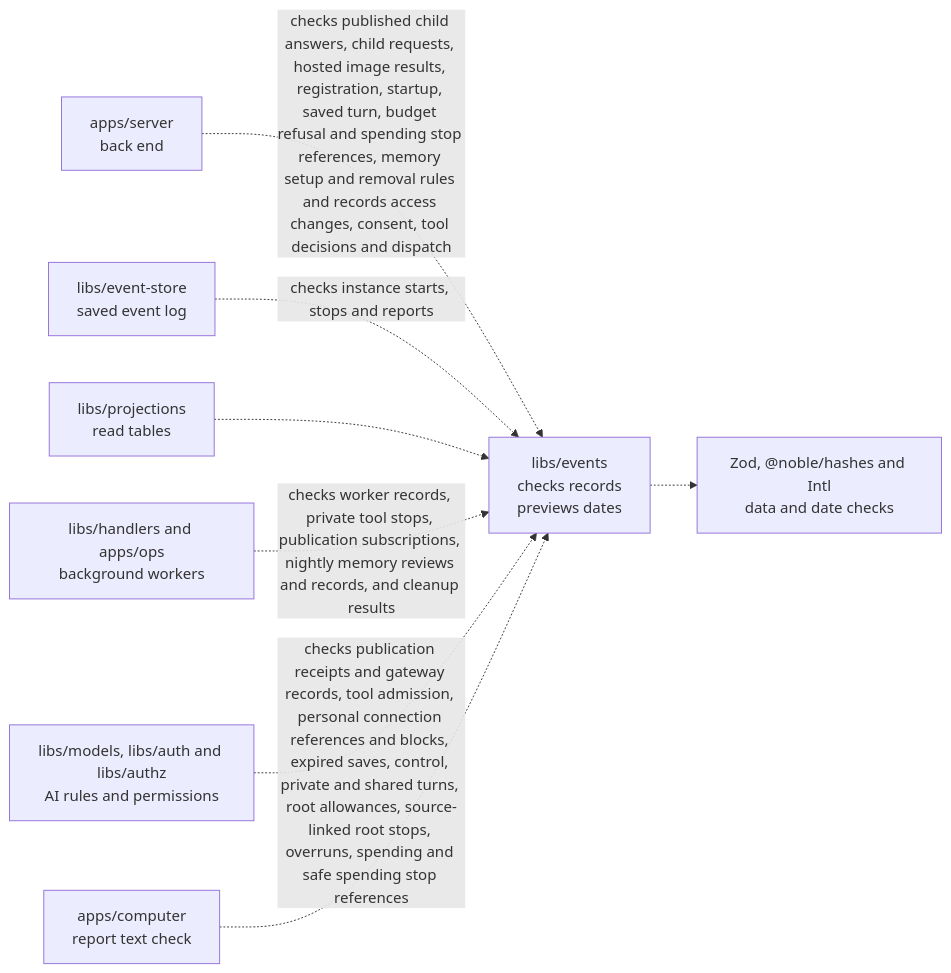
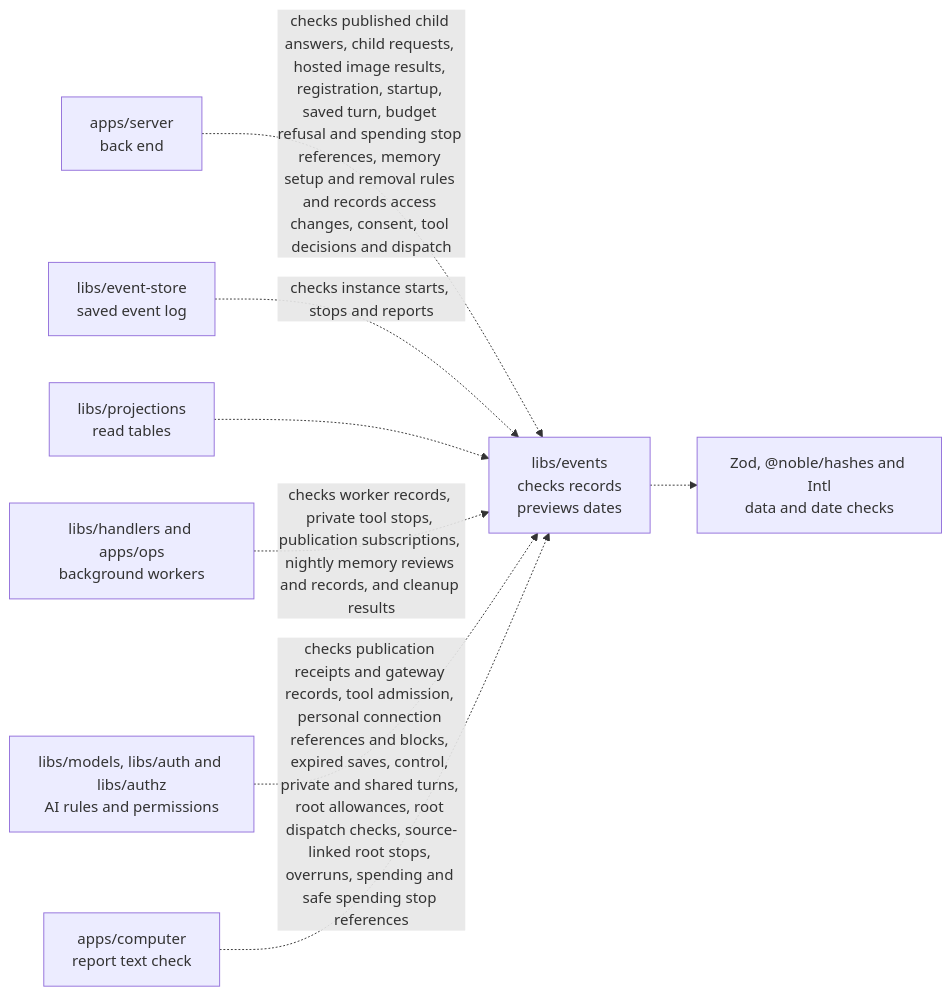
One commit to elewa-git/opencrane-new changed the diagram in libs/events/README.md. Above: the diagram before and after it, drawn with Mermaid. The commit also changed other lines of this file and 17 other files, not shown here.

````diff
--- a/libs/events/README.md
+++ b/libs/events/README.md
@@ -27,10 +27,10 @@
 ```mermaid
 flowchart LR
   server["apps/server<br/>back end"] -.->|checks published child answers, child requests, hosted image results, registration, startup, saved turn, budget refusal and spending stop references, memory setup and removal rules and records access changes, consent, tool decisions and dispatch| events["libs/events<br/>checks records<br/>previews dates"]
   store["libs/event-store<br/>saved event log"] -.->|checks instance starts, stops and reports| events
   projections["libs/projections<br/>read tables"] -.-> events
   workers["libs/handlers and apps/ops<br/>background workers"] -.->|checks worker records, private tool stops, publication subscriptions, nightly memory reviews and records, and cleanup results| events
-  others["libs/models, libs/auth and libs/authz<br/>AI rules and permissions"] -.->|checks publication receipts and gateway records, tool admission, personal connection references and blocks, expired saves, control, private and shared turns, root allowances, source-linked root stops, overruns, spending and safe spending stop references| events
+  others["libs/models, libs/auth and libs/authz<br/>AI rules and permissions"] -.->|checks publication receipts and gateway records, tool admission, personal connection references and blocks, expired saves, control, private and shared turns, root allowances, root dispatch checks, source-linked root stops, overruns, spending and safe spending stop references| events
   computer["apps/computer<br/>report text check"] -.-> events
   events -.-> checks["Zod, @noble/hashes and Intl<br/>data and date checks"]
 ```
````
